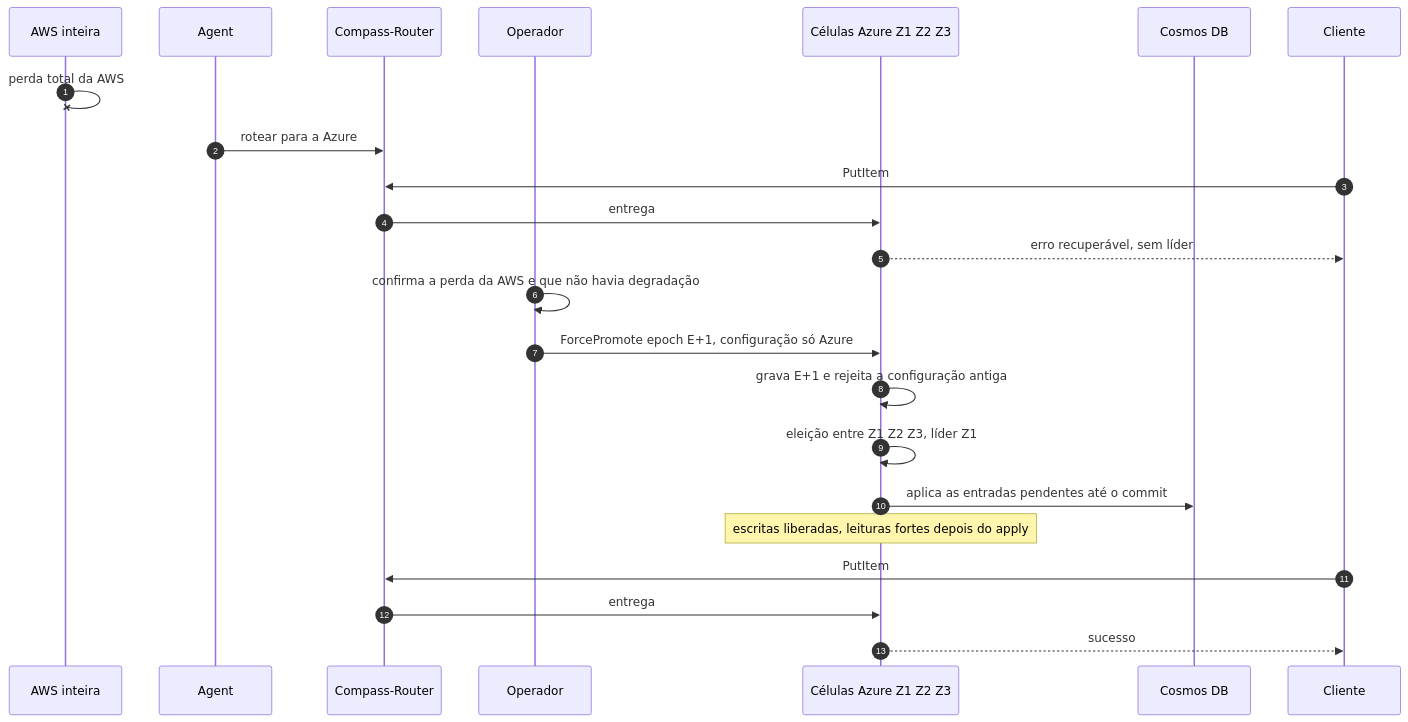
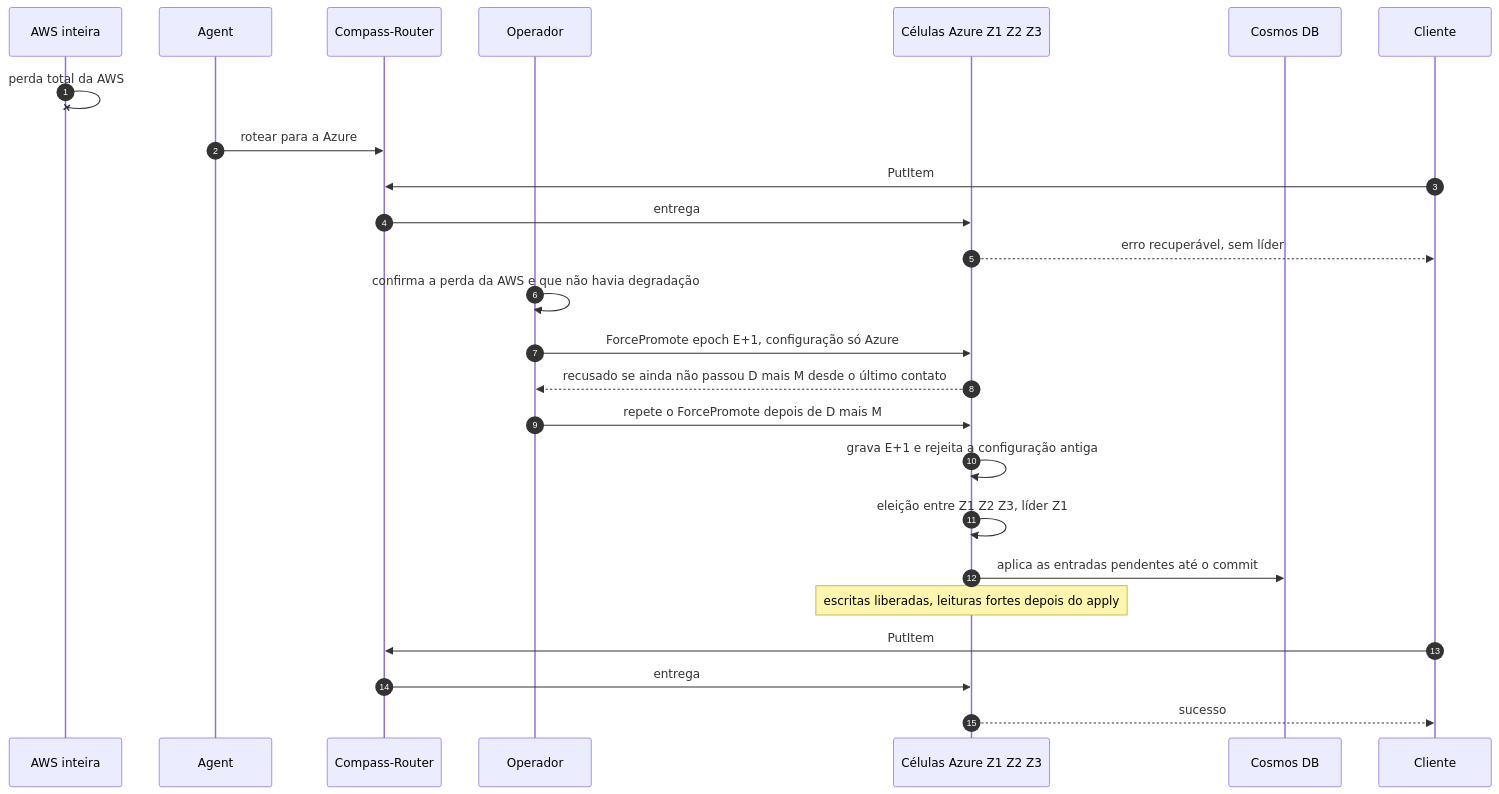
One commit to brbarmex/k changed the diagram in 02_cenarios/atualizados/C14-aws-cai-sem-degradacao.md. Above: the diagram before and after it, drawn with Mermaid. The commit also changed other lines of this file and 139 other files, not shown here.

````diff
--- a/02_cenarios/atualizados/C14-aws-cai-sem-degradacao.md
+++ b/02_cenarios/atualizados/C14-aws-cai-sem-degradacao.md
@@ -11,25 +11,27 @@
 ```mermaid
 sequenceDiagram
     autonumber
     participant AWS as AWS inteira
     participant AG as Agent
     participant CR as Compass-Router
     participant OP as Operador
     participant AZ as Células Azure Z1 Z2 Z3
     participant CDB as Cosmos DB
     participant C as Cliente
     AWS-xAWS: perda total da AWS
     AG->>CR: rotear para a Azure
     C->>CR: PutItem
     CR->>AZ: entrega
     AZ-->>C: erro recuperável, sem líder
     OP->>OP: confirma a perda da AWS e que não havia degradação
     OP->>AZ: ForcePromote epoch E+1, configuração só Azure
+    AZ-->>OP: recusado se ainda não passou D mais M desde o último contato
+    OP->>AZ: repete o ForcePromote depois de D mais M
     AZ->>AZ: grava E+1 e rejeita a configuração antiga
     AZ->>AZ: eleição entre Z1 Z2 Z3, líder Z1
     AZ->>CDB: aplica as entradas pendentes até o commit
     Note over AZ: escritas liberadas, leituras fortes depois do apply
     C->>CR: PutItem
     CR->>AZ: entrega
     AZ-->>C: sucesso
 ```
````
